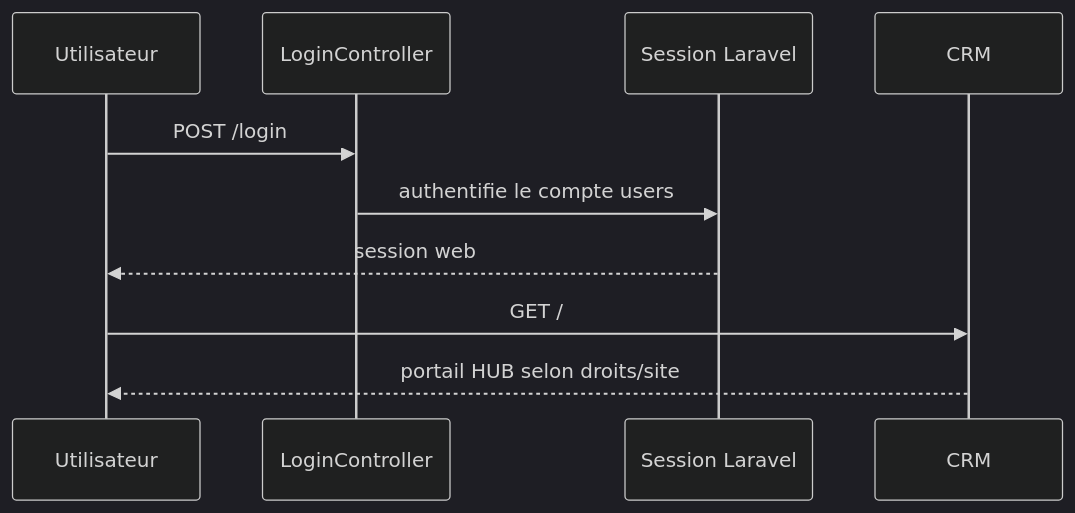
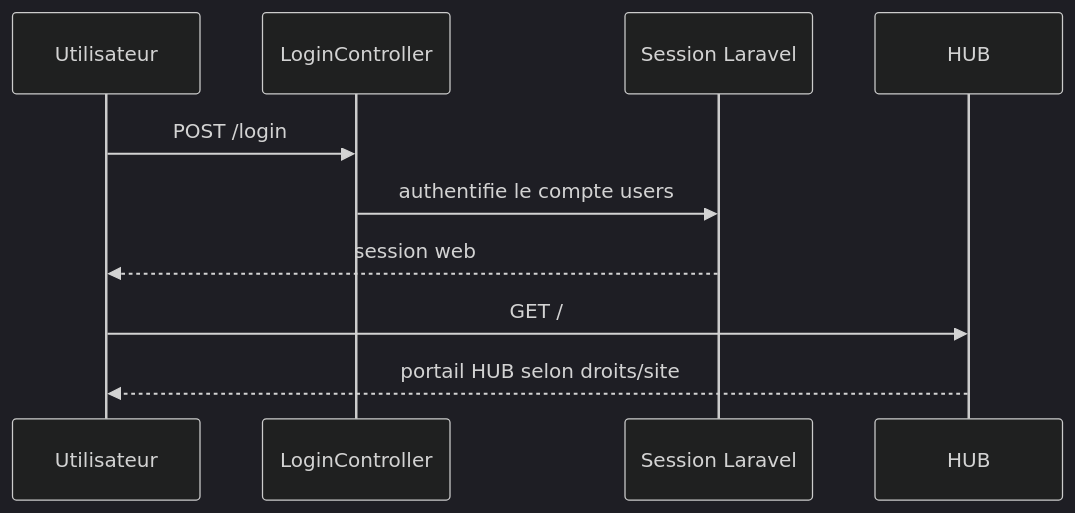
Before and after one commit to jp2creation/hub: the third of 8 diagrams in docs/README.md, drawn with Mermaid (dark theme). The commit also changed other lines of this file and 111 other files, not shown here.

````diff
--- a/docs/README.md
+++ b/docs/README.md
@@ -131,13 +141,13 @@
 ```mermaid
 sequenceDiagram
     participant U as Utilisateur
     participant L as LoginController
     participant S as Session Laravel
-    participant C as CRM
+    participant C as HUB
 
     U->>L: POST /login
     L->>S: authentifie le compte users
     S-->>U: session web
     U->>C: GET /
     C-->>U: portail HUB selon droits/site
 ```
````
